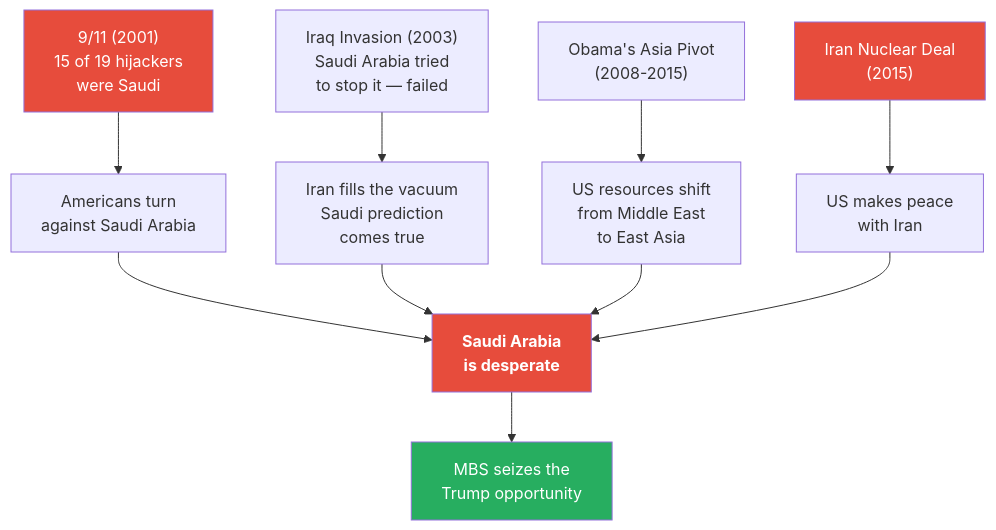
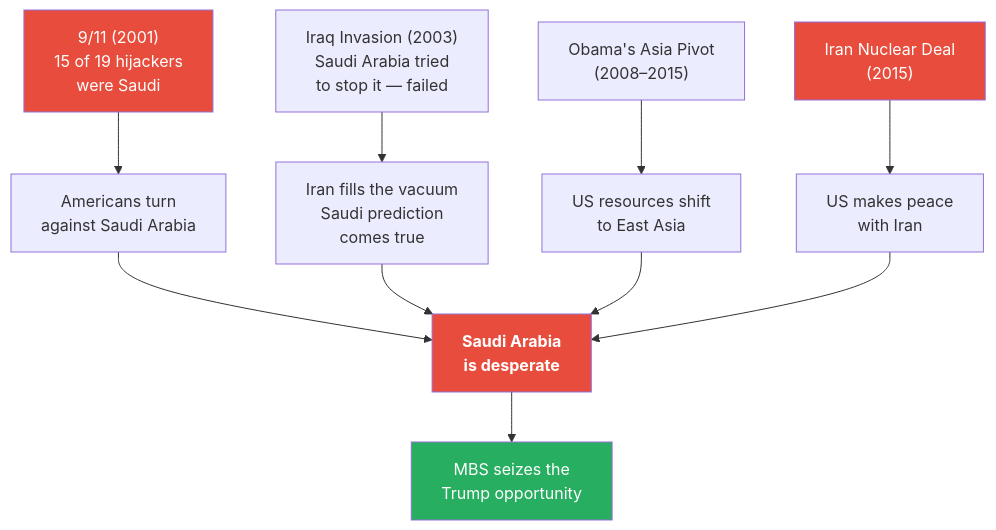
Before and after one commit to alius33/reader: the eighth of 9 diagrams in summaries/Lectures/Geo-Strategy/04 - Saudi Arabia's Trump Card Against Iran.md, drawn with Mermaid. The commit also changed other lines of this file and 26 other files, not shown here.

````diff
--- a/summaries/Lectures/Geo-Strategy/04 - Saudi Arabia's Trump Card Against Iran.md
+++ b/summaries/Lectures/Geo-Strategy/04 - Saudi Arabia's Trump Card Against Iran.md
@@ -672,20 +428,20 @@
 ```mermaid
 flowchart TB
     NINE["9/11 (2001)<br/>15 of 19 hijackers<br/>were Saudi"]
     NINE --> D1["Americans turn<br/>against Saudi Arabia"]
     IRQ["Iraq Invasion (2003)<br/>Saudi Arabia tried<br/>to stop it — failed"]
     IRQ --> D2["Iran fills the vacuum<br/>Saudi prediction<br/>comes true"]
-    OB["Obama's Asia Pivot<br/>(2008-2015)"]
-    OB --> D3["US resources shift<br/>from Middle East<br/>to East Asia"]
+    OB["Obama's Asia Pivot<br/>(2008–2015)"]
+    OB --> D3["US resources shift<br/>to East Asia"]
     DEAL["Iran Nuclear Deal<br/>(2015)"]
     DEAL --> D4["US makes peace<br/>with Iran"]
-    D1 --> DES["<b>Saudi Arabia</b><br/><b>is desperate</b>"]
+    D1 --> DES["<b>Saudi Arabia<br/>is desperate</b>"]
     D2 --> DES
     D3 --> DES
     D4 --> DES
     DES --> MBS["MBS seizes the<br/>Trump opportunity"]
     style NINE fill:#e74c3c,color:#fff
     style DEAL fill:#e74c3c,color:#fff
     style DES fill:#e74c3c,color:#fff
     style MBS fill:#27ae60,color:#fff
 ```
````
